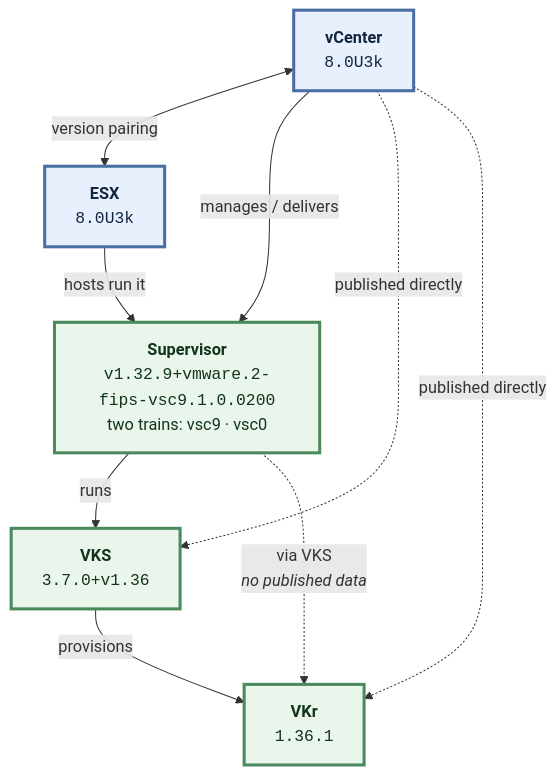
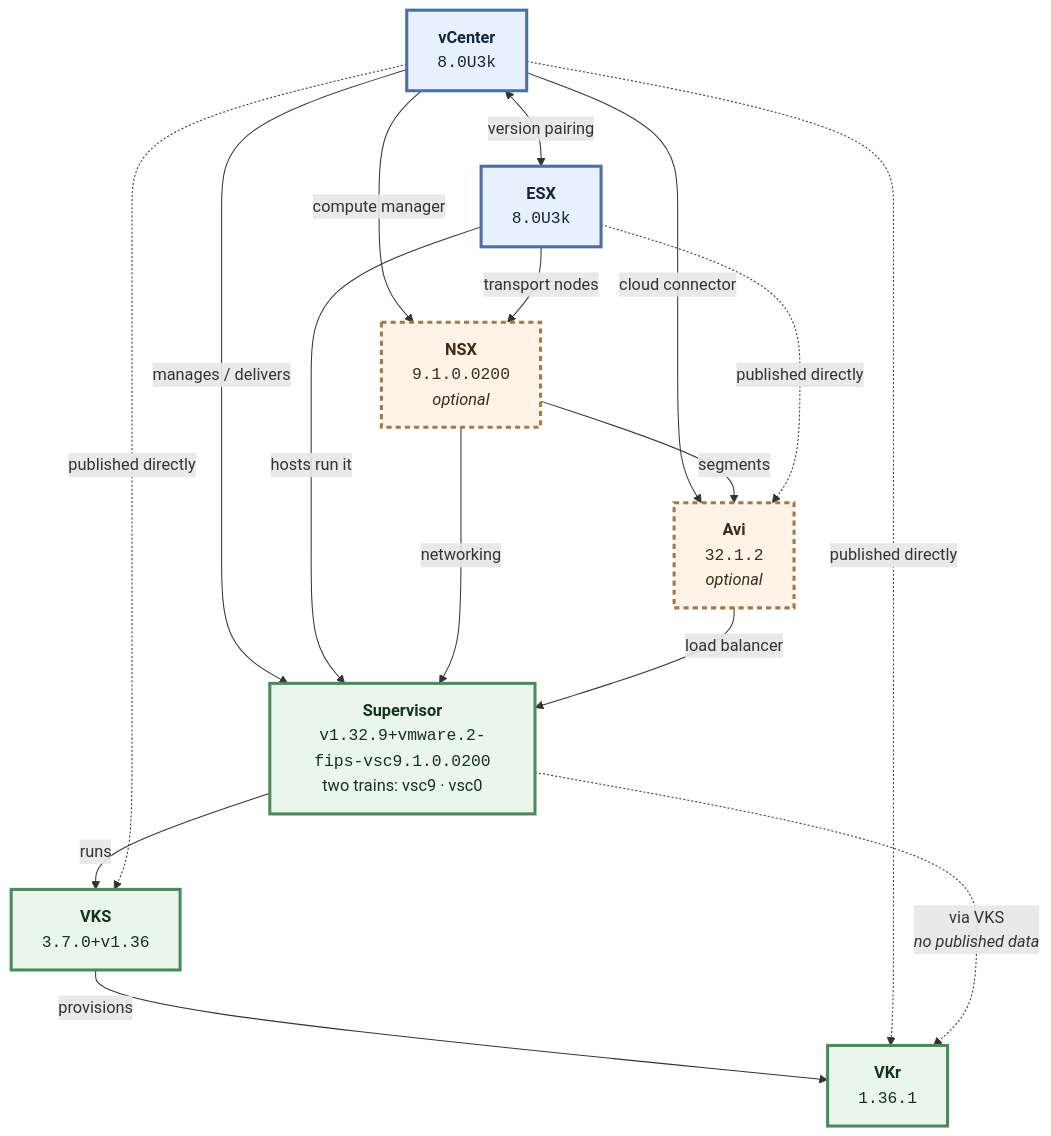
One commit to warroyo/vkstack changed the diagram in docs/model.md. Above: the diagram before and after it, drawn with Mermaid. The commit also changed other lines of this file and 21 other files, not shown here.

First line of the commit message:
feat: add NSX and Avi as optional, independent products

````diff
--- a/docs/model.md
+++ b/docs/model.md
@@ -7,22 +12,33 @@
 ```mermaid
 flowchart TD
     VCENTER["<b>vCenter</b><br/><code>8.0U3k</code>"]
     ESX["<b>ESX</b><br/><code>8.0U3k</code>"]
+    NSX["<b>NSX</b><br/><code>9.1.0.0200</code><br/><i>optional</i>"]
+    AVI["<b>Avi</b><br/><code>32.1.2</code><br/><i>optional</i>"]
     SUPERVISOR["<b>Supervisor</b><br/><code>v1.32.9+vmware.2-fips-vsc9.1.0.0200</code><br/>two trains: vsc9 · vsc0"]
     VKS["<b>VKS</b><br/><code>3.7.0+v1.36</code>"]
     VKR["<b>VKr</b><br/><code>1.36.1</code>"]
 
     VCENTER <-->|"version pairing"| ESX
     VCENTER -->|"manages / delivers"| SUPERVISOR
     ESX -->|"hosts run it"| SUPERVISOR
     SUPERVISOR -->|"runs"| VKS
     VKS -->|"provisions"| VKR
     VCENTER -.->|"published directly"| VKS
     VCENTER -.->|"published directly"| VKR
     SUPERVISOR -.->|"via VKS<br/><i>no published data</i>"| VKR
+    VCENTER -->|"compute manager"| NSX
+    ESX -->|"transport nodes"| NSX
+    NSX -->|"networking"| SUPERVISOR
+    VCENTER -->|"cloud connector"| AVI
+    NSX -->|"segments"| AVI
+    AVI -->|"load balancer"| SUPERVISOR
+    ESX -.->|"published directly"| AVI
 
     classDef base fill:#e8f0fe,stroke:#4a6fa5,stroke-width:3px,color:#12263f
     classDef k8s fill:#eaf6ec,stroke:#4a8a5c,stroke-width:3px,color:#12331c
+    classDef optional fill:#fdf4e7,stroke:#a5784a,stroke-width:3px,stroke-dasharray:5 4,color:#3f2c12
     class VCENTER,ESX base
     class SUPERVISOR,VKS,VKR k8s
+    class NSX,AVI optional
 ```
````
